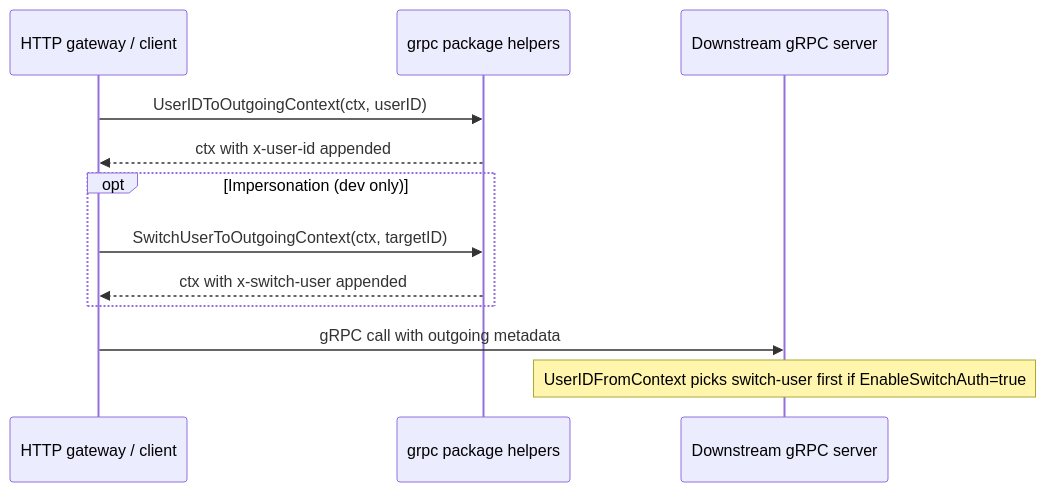
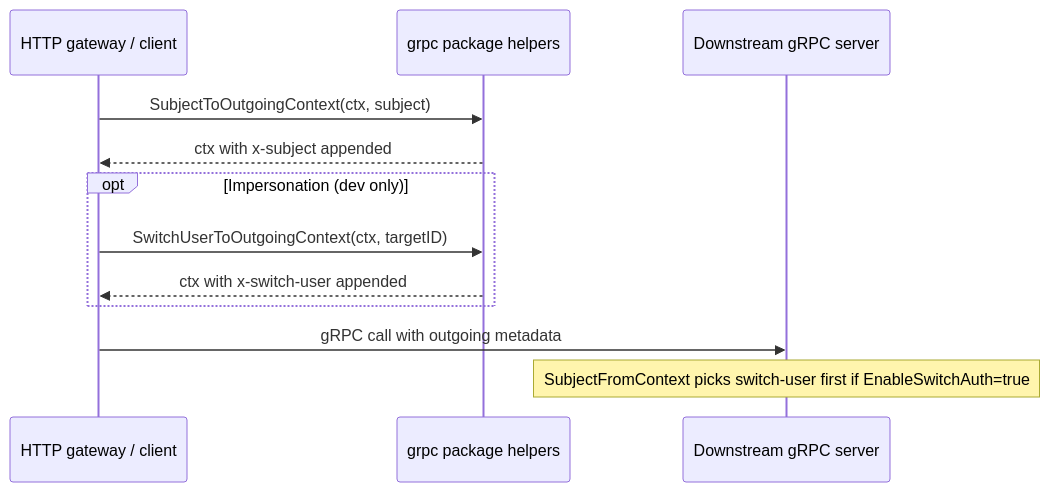
One commit to panyam/oneauth changed the second of 2 diagrams in grpc/DESIGN.md. Above: the diagram before and after it, drawn with Mermaid. The commit also changed other lines of this file and 38 other files, not shown here.

````diff
--- a/grpc/DESIGN.md
+++ b/grpc/DESIGN.md
@@ -73,15 +72,15 @@
 ```mermaid
 sequenceDiagram
     participant Caller as HTTP gateway / client
     participant Helpers as grpc package helpers
     participant Server as Downstream gRPC server
 
-    Caller->>Helpers: UserIDToOutgoingContext(ctx, userID)
-    Helpers-->>Caller: ctx with x-user-id appended
+    Caller->>Helpers: SubjectToOutgoingContext(ctx, subject)
+    Helpers-->>Caller: ctx with x-subject appended
     opt Impersonation (dev only)
         Caller->>Helpers: SwitchUserToOutgoingContext(ctx, targetID)
         Helpers-->>Caller: ctx with x-switch-user appended
     end
     Caller->>Server: gRPC call with outgoing metadata
-    Note over Server: UserIDFromContext picks switch-user first if EnableSwitchAuth=true
+    Note over Server: SubjectFromContext picks switch-user first if EnableSwitchAuth=true
 ```
````
